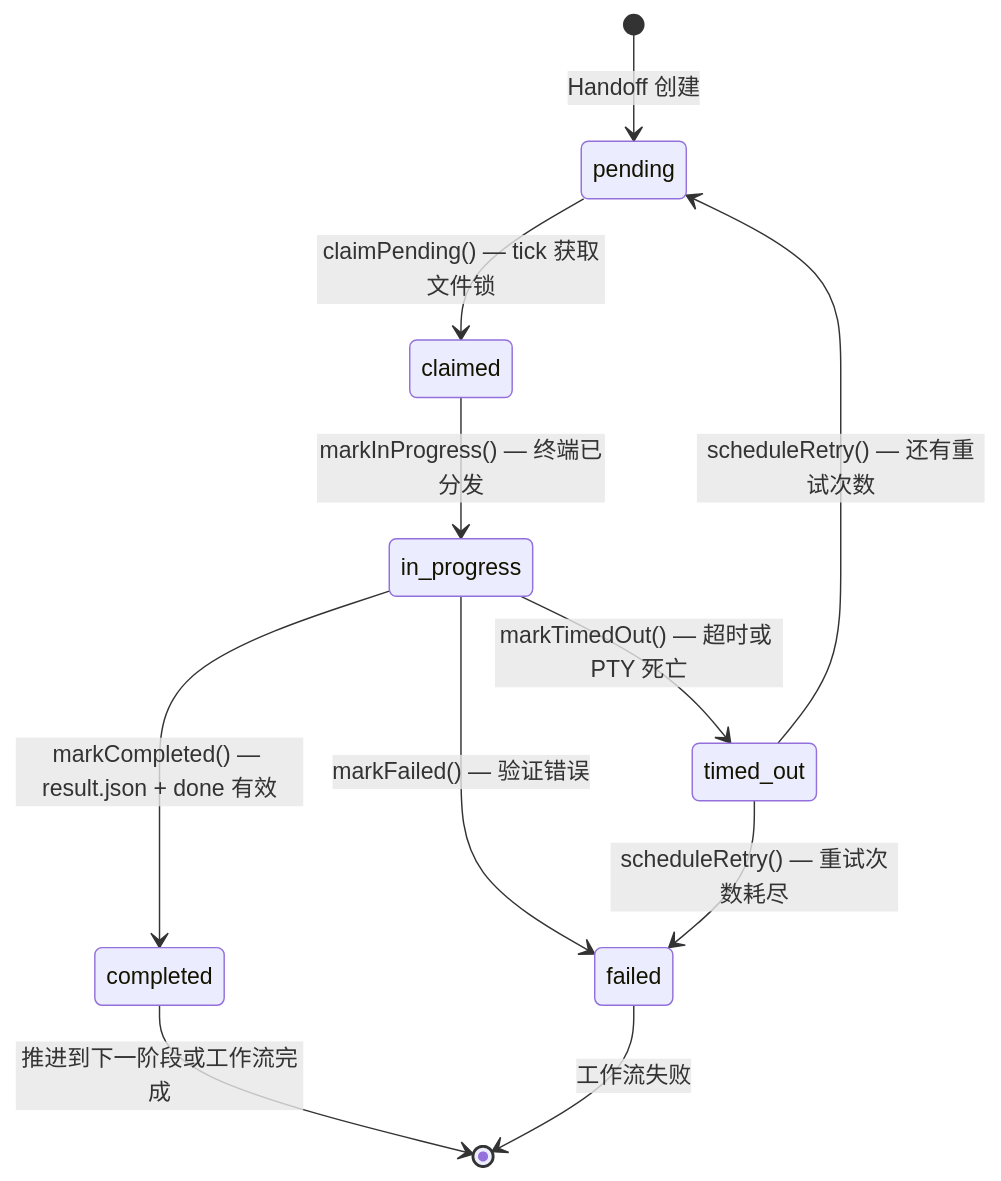
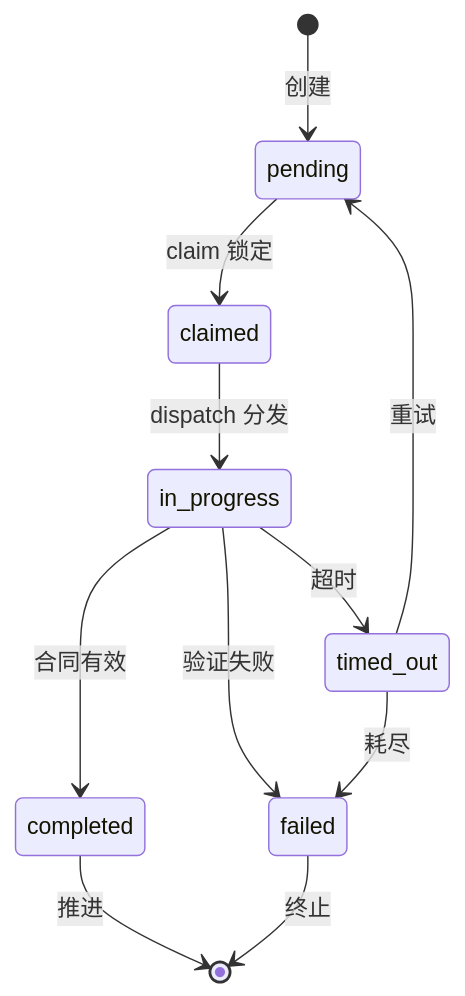
One commit to blueberrycongee/termcanvas changed the third of 6 diagrams in docs/hydra-panorama-flow-zh.md. Above: the diagram before and after it, drawn with Mermaid. The commit also changed other lines of this file and 1 other file, not shown here.

Commit message:
fix(docs): shorten stateDiagram transition labels to prevent truncation
GitHub Mermaid truncates long transition labels in stateDiagram-v2.
Move detailed descriptions to a markdown table below the diagram,
keep diagram labels to 1-2 words only.

````diff
--- a/docs/hydra-panorama-flow-zh.md
+++ b/docs/hydra-panorama-flow-zh.md
@@ -217,18 +217,17 @@
 ```mermaid
 stateDiagram-v2
-    [*] --> pending: Handoff 创建
+    [*] --> pending: 创建
 
-    pending --> claimed: claimPending() — tick 获取文件锁
+    pending --> claimed: claim 锁定
+    claimed --> in_progress: dispatch 分发
 
-    claimed --> in_progress: markInProgress() — 终端已分发
+    in_progress --> completed: 合同有效
+    in_progress --> timed_out: 超时
+    in_progress --> failed: 验证失败
 
-    in_progress --> completed: markCompleted() — result.json + done 有效
-    in_progress --> timed_out: markTimedOut() — 超时或 PTY 死亡
-    in_progress --> failed: markFailed() — 验证错误
+    timed_out --> pending: 重试
+    timed_out --> failed: 耗尽
 
-    timed_out --> pending: scheduleRetry() — 还有重试次数
-    timed_out --> failed: scheduleRetry() — 重试次数耗尽
-
-    completed --> [*]: 推进到下一阶段或工作流完成
-    failed --> [*]: 工作流失败
+    completed --> [*]: 推进
+    failed --> [*]: 终止
 ```
````
